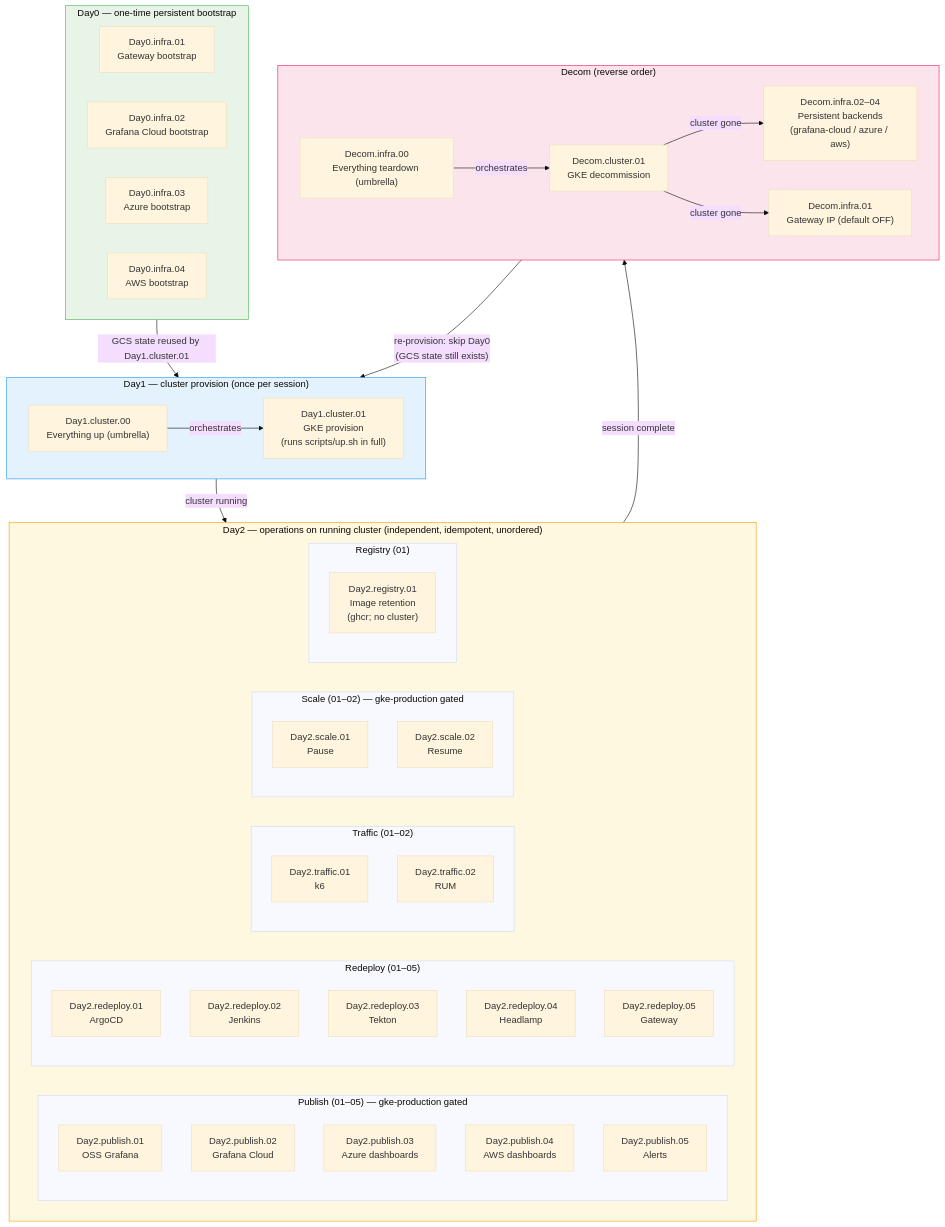
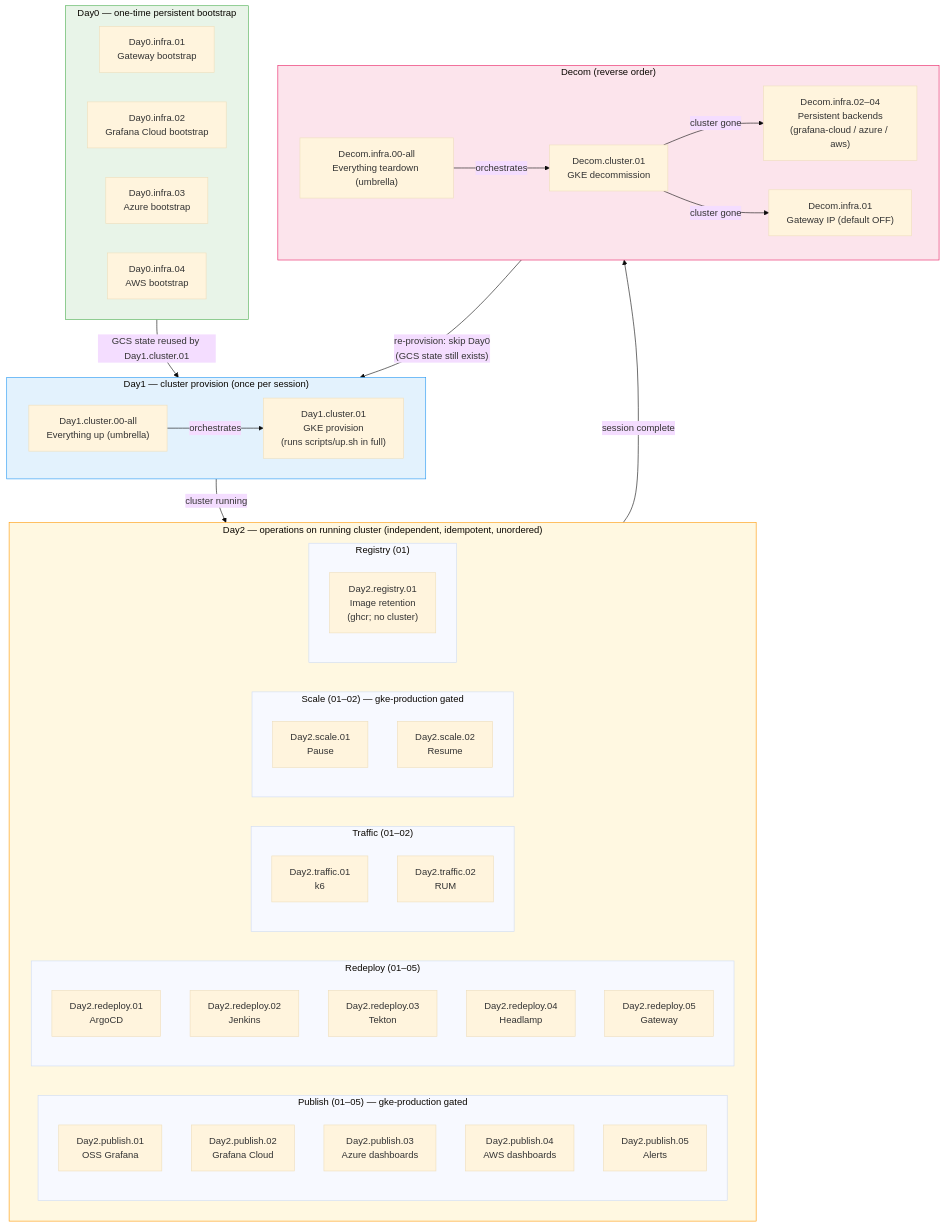
Before and after one commit to nubenetes/jenkins-2026: the seventh of 10 diagrams in docs/101-GITHUB_ACTIONS_WORKFLOWS.md, drawn with Mermaid (base theme). The commit also changed other lines of this file and 10 other files, not shown here.

First line of the commit message:
docs: standardize umbrella workflow refs to the -all filename form (doc-wide)

````diff
--- a/docs/101-GITHUB_ACTIONS_WORKFLOWS.md
+++ b/docs/101-GITHUB_ACTIONS_WORKFLOWS.md
@@ -504,67 +504,67 @@
 ```mermaid
 flowchart TD
     subgraph D0["Day0 — one-time persistent bootstrap"]
         direction LR
         w0101["Day0.infra.01<br/>Gateway bootstrap"]
         w0102["Day0.infra.02<br/>Grafana Cloud bootstrap"]
         w0103["Day0.infra.03<br/>Azure bootstrap"]
         w0104["Day0.infra.04<br/>AWS bootstrap"]
     end
 
     subgraph D1["Day1 — cluster provision (once per session)"]
         direction LR
-        w0200["Day1.cluster.00<br/>Everything up (umbrella)"]
+        w0200["Day1.cluster.00-all<br/>Everything up (umbrella)"]
         w0201["Day1.cluster.01<br/>GKE provision<br/>(runs scripts/up.sh in full)"]
         w0200 -->|"orchestrates"| w0201
     end
 
     subgraph D2["Day2 — operations on running cluster (independent, idempotent, unordered)"]
         direction LR
         subgraph publish["Publish (01–05) — gke-production gated"]
             w5101["Day2.publish.01<br/>OSS Grafana"]
             w5102["Day2.publish.02<br/>Grafana Cloud"]
             w5103["Day2.publish.03<br/>Azure dashboards"]
             w5104["Day2.publish.04<br/>AWS dashboards"]
             w5105["Day2.publish.05<br/>Alerts"]
         end
         subgraph redeploy["Redeploy (01–05)"]
             w52ar["Day2.redeploy.01<br/>ArgoCD"]
             w5202["Day2.redeploy.02<br/>Jenkins"]
             w52tk2["Day2.redeploy.03<br/>Tekton"]
             w5203["Day2.redeploy.04<br/>Headlamp"]
             w5205["Day2.redeploy.05<br/>Gateway"]
         end
         subgraph traffic["Traffic (01–02)"]
             w5901["Day2.traffic.01<br/>k6"]
             w5902["Day2.traffic.02<br/>RUM"]
         end
         subgraph scale["Scale (01–02) — gke-production gated"]
             w5301["Day2.scale.01<br/>Pause"]
             w5302["Day2.scale.02<br/>Resume"]
         end
         subgraph registry["Registry (01)"]
             w5401["Day2.registry.01<br/>Image retention<br/>(ghcr; no cluster)"]
         end
     end
 
     subgraph DECOM["Decom (reverse order)"]
         direction LR
-        w9000["Decom.infra.00<br/>Everything teardown (umbrella)"]
+        w9000["Decom.infra.00-all<br/>Everything teardown (umbrella)"]
         w9101["Decom.cluster.01<br/>GKE decommission"]
         w9201["Decom.infra.01<br/>Gateway IP (default OFF)"]
         w92xx["Decom.infra.02–04<br/>Persistent backends<br/>(grafana-cloud / azure / aws)"]
         w9000 -->|"orchestrates"| w9101
         w9101 -->|"cluster gone"| w92xx
         w9101 -->|"cluster gone"| w9201
     end
 
     D0 -->|"GCS state reused by Day1.cluster.01"| D1
     D1 -->|"cluster running"| D2
     D2 -->|"session complete"| DECOM
     DECOM -->|"re-provision: skip Day0<br/>(GCS state still exists)"| D1
 
     style D0 fill:#e8f4e8,stroke:#4caf50
     style D1 fill:#e3f2fd,stroke:#2196f3
     style D2 fill:#fff8e1,stroke:#ff9800
     style DECOM fill:#fce4ec,stroke:#e91e63
 ```
````
